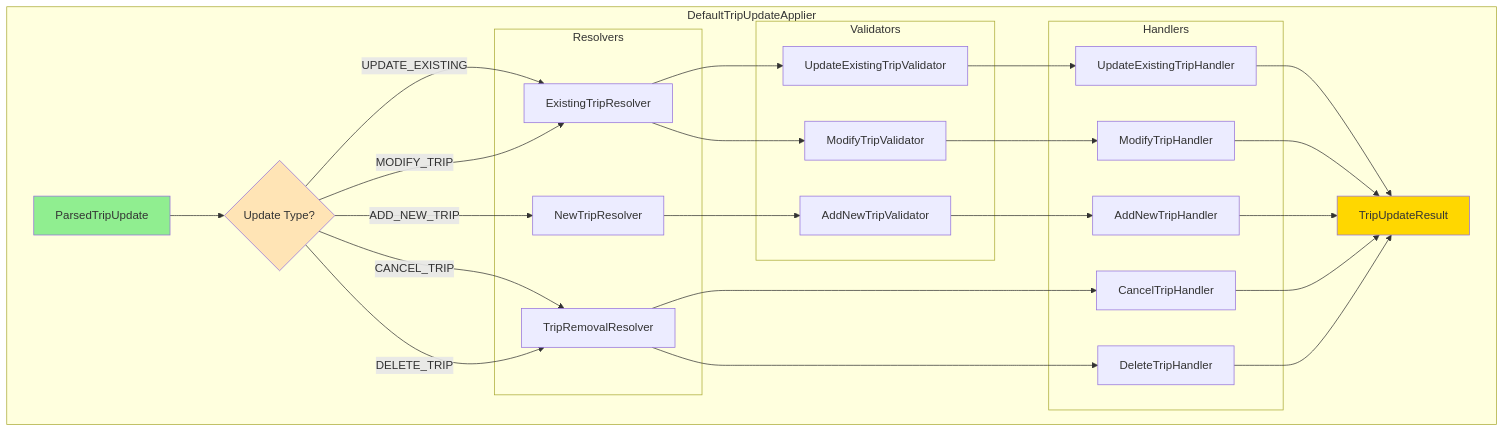
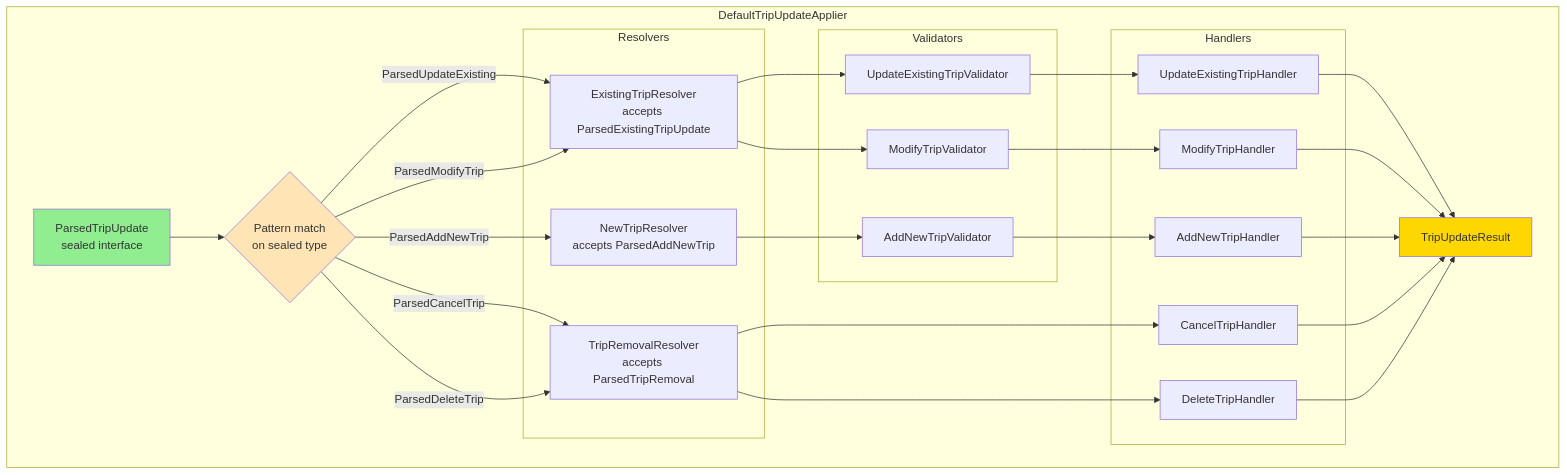
The fourth of 11 diagrams in docs/design/unified-realtime-updaters-with-diagrams.md (entur/OpenTripPlanner), drawn with Mermaid before and after one commit. The commit also changed other lines of this file and 1 other file, not shown here.

Commit message:
Update diagrams

````diff
--- a/docs/design/unified-realtime-updaters-with-diagrams.md
+++ b/docs/design/unified-realtime-updaters-with-diagrams.md
@@ -304,57 +304,57 @@
 ```mermaid
 graph TB
     subgraph "DefaultTripUpdateApplier"
-        Input[ParsedTripUpdate]
-        Router{Update Type?}
+        Input[ParsedTripUpdate<br/>sealed interface]
+        Router{Pattern match<br/>on sealed type}
 
         subgraph "Resolvers"
-            ETR[ExistingTripResolver]
-            NTR[NewTripResolver]
-            TRR[TripRemovalResolver]
+            ETR[ExistingTripResolver<br/>accepts ParsedExistingTripUpdate]
+            NTR[NewTripResolver<br/>accepts ParsedAddNewTrip]
+            TRR[TripRemovalResolver<br/>accepts ParsedTripRemoval]
         end
 
         subgraph "Validators"
             UEV[UpdateExistingTripValidator]
             MTV[ModifyTripValidator]
             ANV[AddNewTripValidator]
         end
 
         subgraph "Handlers"
             UpdateHandler[UpdateExistingTripHandler]
             ModifyHandler[ModifyTripHandler]
             AddHandler[AddNewTripHandler]
             CancelHandler[CancelTripHandler]
             DeleteHandler[DeleteTripHandler]
         end
 
         Output[TripUpdateResult]
     end
 
     Input --> Router
 
-    Router -->|UPDATE_EXISTING| ETR
-    Router -->|MODIFY_TRIP| ETR
-    Router -->|ADD_NEW_TRIP| NTR
-    Router -->|CANCEL_TRIP| TRR
-    Router -->|DELETE_TRIP| TRR
+    Router -->|ParsedUpdateExisting| ETR
+    Router -->|ParsedModifyTrip| ETR
+    Router -->|ParsedAddNewTrip| NTR
+    Router -->|ParsedCancelTrip| TRR
+    Router -->|ParsedDeleteTrip| TRR
 
     ETR --> UEV
     ETR --> MTV
     NTR --> ANV
 
     UEV --> UpdateHandler
     MTV --> ModifyHandler
     ANV --> AddHandler
     TRR --> CancelHandler
     TRR --> DeleteHandler
 
     UpdateHandler --> Output
     ModifyHandler --> Output
     AddHandler --> Output
     CancelHandler --> Output
     DeleteHandler --> Output
 
     style Input fill:#90EE90
     style Output fill:#FFD700
     style Router fill:#FFE4B5
 ```
````
